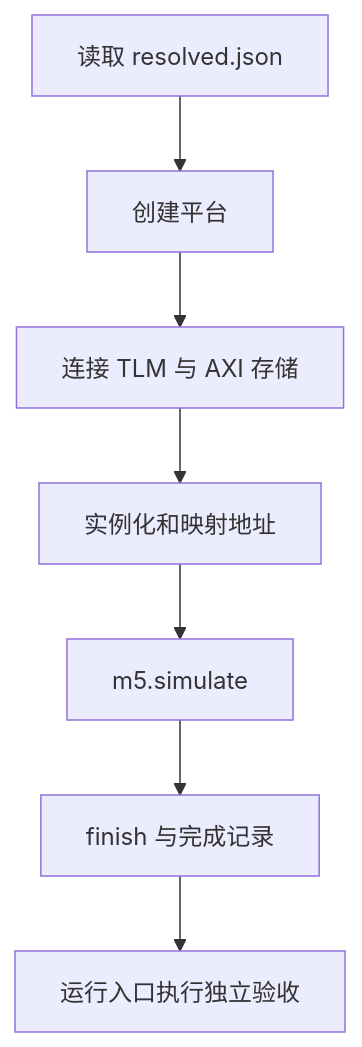
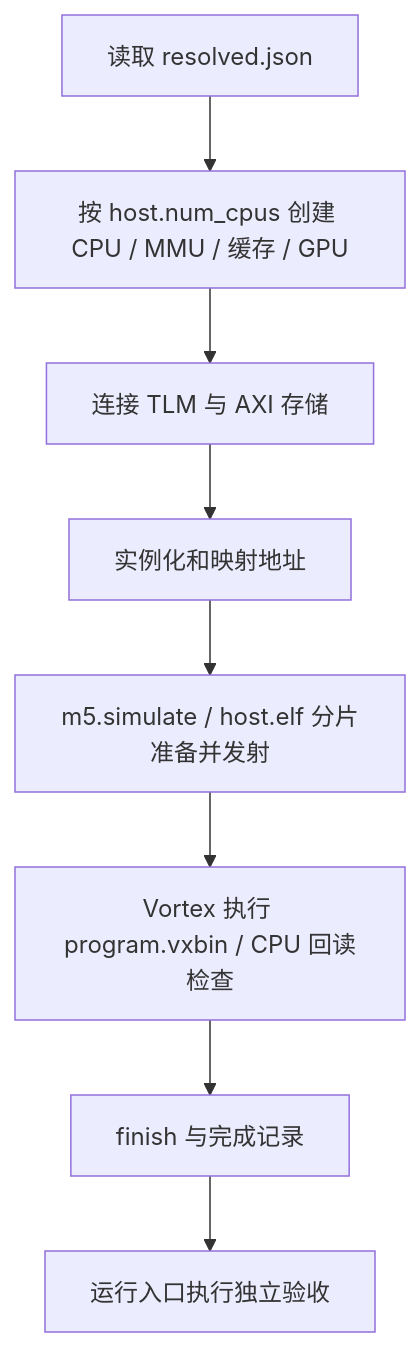
The fourth of 8 diagrams in docs/04-integration介绍.md (hy2581/vortex_StorageStacked), drawn with Mermaid before and after one commit. The commit also changed other lines of this file and 5 other files, not shown here.

Commit message:
Document CPU GPU roles and gem5 multicore usage

````diff
--- a/docs/04-integration介绍.md
+++ b/docs/04-integration介绍.md
@@ -69,9 +73,10 @@
 ```mermaid
 flowchart TD
-    A[读取 resolved.json] --> B[创建平台]
+    A[读取 resolved.json] --> B[按 host.num_cpus 创建 CPU / MMU / 缓存 / GPU]
     B --> C[连接 TLM 与 AXI 存储]
     C --> D[实例化和映射地址]
-    D --> E[m5.simulate]
-    E --> F[finish 与完成记录]
+    D --> E[m5.simulate / host.elf 分片准备并发射]
+    E --> K[Vortex 执行 program.vxbin / CPU 回读检查]
+    K --> F[finish 与完成记录]
     F --> G[运行入口执行独立验收]
 ```
````
